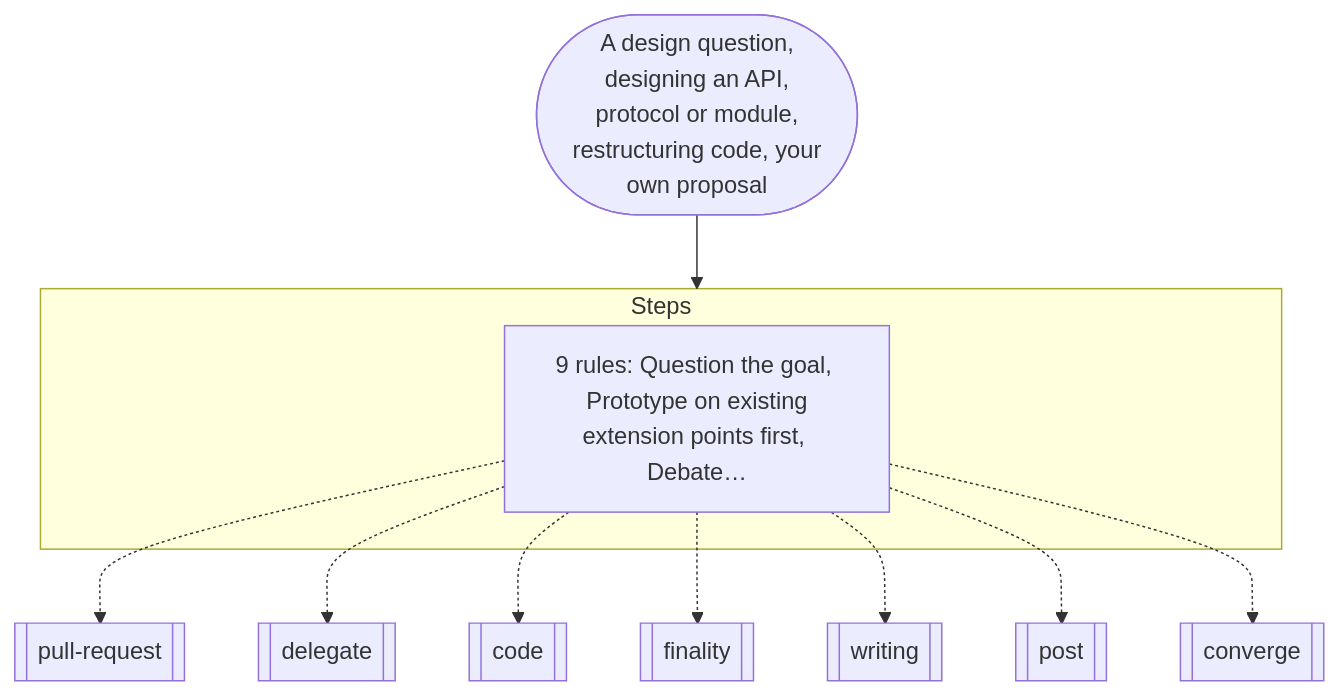
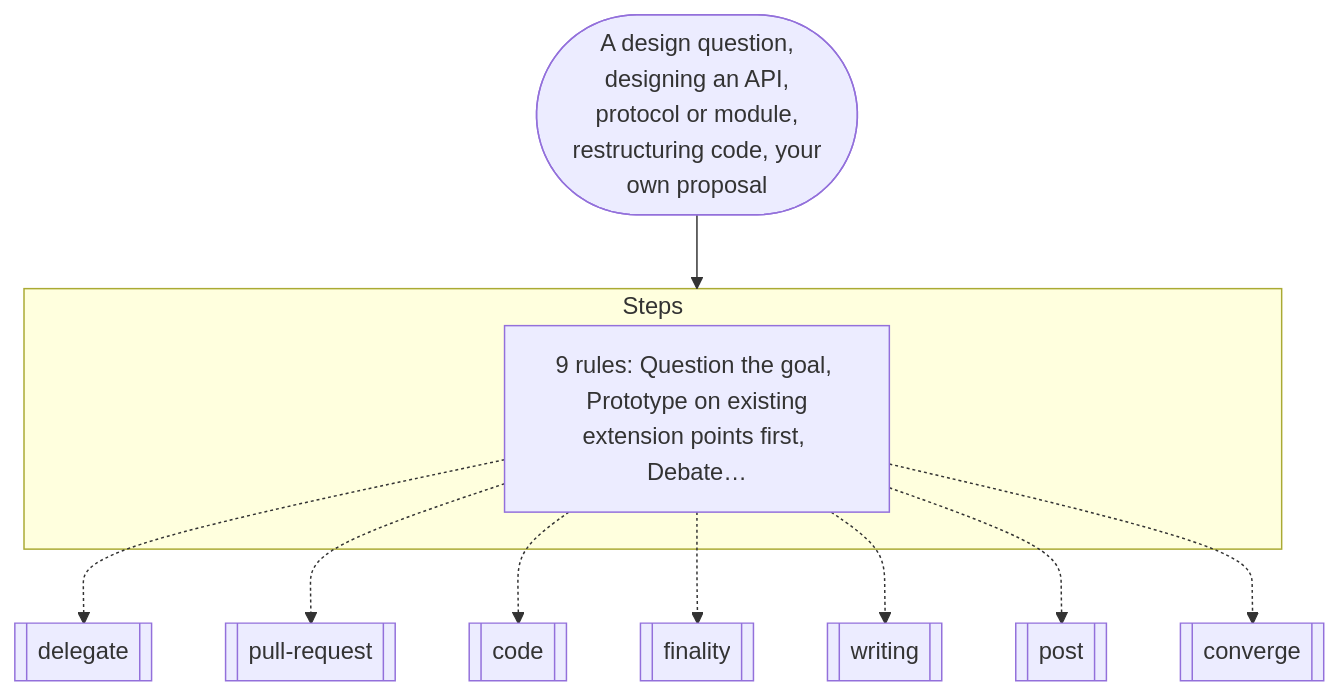
The fourth of 19 diagrams in docs/graphs.md (nitedani-agent/mergeworthy), drawn with Mermaid before and after one commit. The commit also changed other lines of this file and 11 other files, not shown here.

````diff
--- a/docs/graphs.md
+++ b/docs/graphs.md
@@ -114,15 +114,15 @@
 ```mermaid
 flowchart TB
   start(["A design question,<br/>designing an API,<br/>protocol or module,<br/>restructuring code, your<br/>own proposal"])
   subgraph g0["Steps"]
     s0["9 rules: Question the goal, Prototype on existing<br/>extension points first, Debate…"]
   end
-  s0 -.-> r1[["pull-request"]]
-  s0 -.-> r2[["delegate"]]
+  s0 -.-> r1[["delegate"]]
+  s0 -.-> r2[["pull-request"]]
   s0 -.-> r3[["code"]]
   s0 -.-> r4[["finality"]]
   s0 -.-> r5[["writing"]]
   s0 -.-> r6[["post"]]
   s0 -.-> r7[["converge"]]
   start --> g0
 ```
````
